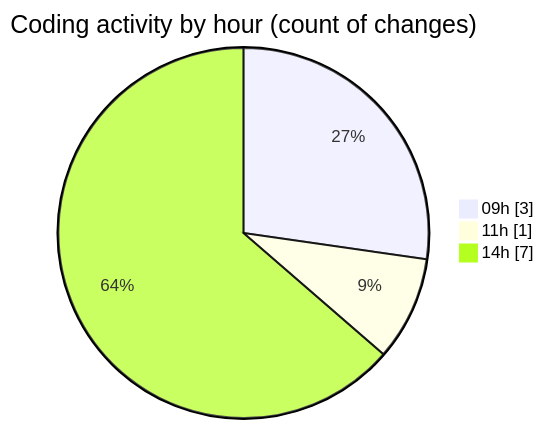
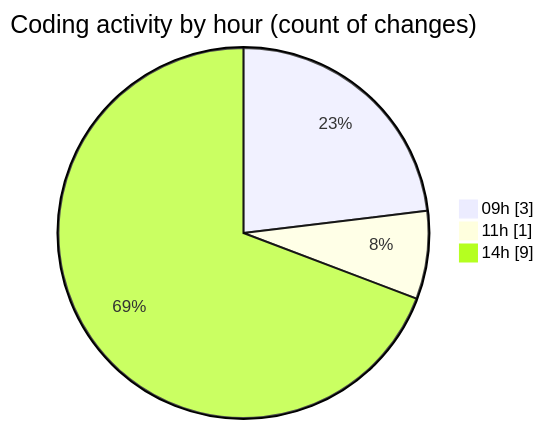
One commit to momahboobian/code-tracking changed the second of 2 diagrams in 2025-09-25/cda/README.md. Above: the diagram before and after it, drawn with Mermaid. The commit also changed other lines of this file and 1 other file, not shown here.

````diff
--- a/2025-09-25/cda/README.md
+++ b/2025-09-25/cda/README.md
@@ -37,7 +38,7 @@
 ```mermaid
 pie showData
 title Coding activity by hour (count of changes)
 "09h" : 3
 "11h" : 1
-"14h" : 7
+"14h" : 9
 ```
````
